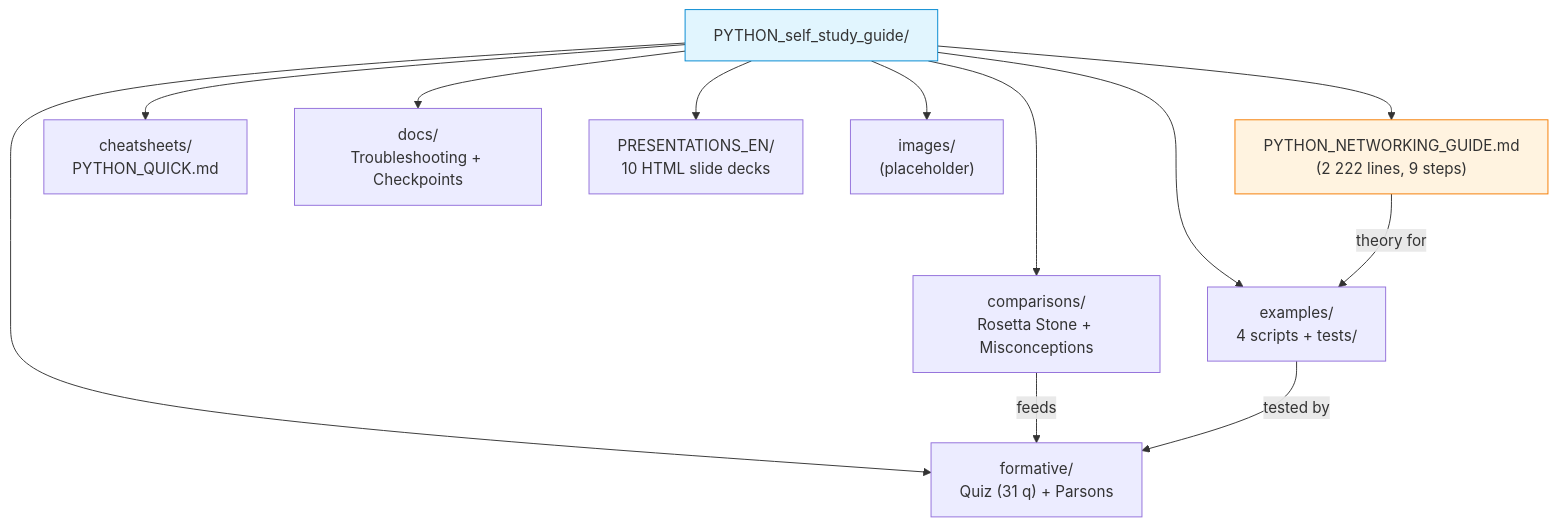
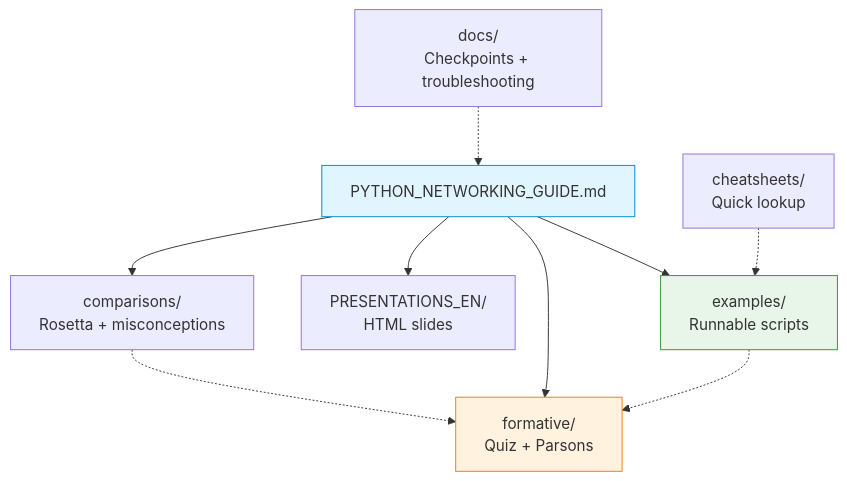
One commit to antonioclim/COMPNET-EN changed the diagram in 00_APPENDIX/a)PYTHON_self_study_guide/README.md. Above: the diagram before and after it, drawn with Mermaid. The commit also changed other lines of this file, not shown here.

````diff
--- a/00_APPENDIX/a)PYTHON_self_study_guide/README.md
+++ b/00_APPENDIX/a)PYTHON_self_study_guide/README.md
@@ -26,17 +22,29 @@
 ```mermaid
 graph TD
-    ROOT["PYTHON_self_study_guide/"]
-    ROOT --> GUIDE["PYTHON_NETWORKING_GUIDE.md\n(2 222 lines, 9 steps)"]
-    ROOT --> COMP["comparisons/\nRosetta Stone + Misconceptions"]
-    ROOT --> FORM["formative/\nQuiz (31 q) + Parsons"]
-    ROOT --> CS["cheatsheets/\nPYTHON_QUICK.md"]
-    ROOT --> DOCS["docs/\nTroubleshooting + Checkpoints"]
-    ROOT --> EX["examples/\n4 scripts + tests/"]
-    ROOT --> PRES["PRESENTATIONS_EN/\n10 HTML slide decks"]
-    ROOT --> IMG["images/\n(placeholder)"]
-    COMP -->|"feeds"| FORM
-    GUIDE -->|"theory for"| EX
-    EX -->|"tested by"| FORM
-    style ROOT fill:#e1f5fe,stroke:#0288d1
-    style GUIDE fill:#fff3e0,stroke:#f57c00
+    GUIDE["PYTHON_NETWORKING_GUIDE.md"]
+    EX["examples/
+Runnable scripts"]
+    QUIZ["formative/
+Quiz + Parsons"]
+    SLIDES["PRESENTATIONS_EN/
+HTML slides"]
+    COMP["comparisons/
+Rosetta + misconceptions"]
+    CHEAT["cheatsheets/
+Quick lookup"]
+    DOCS["docs/
+Checkpoints + troubleshooting"]
+
+    GUIDE --> EX
+    GUIDE --> QUIZ
+    GUIDE --> SLIDES
+    GUIDE --> COMP
+    EX -.-> QUIZ
+    COMP -.-> QUIZ
+    CHEAT -.-> EX
+    DOCS -.-> GUIDE
+
+    style GUIDE fill:#e1f5fe,stroke:#0288d1
+    style QUIZ fill:#fff3e0,stroke:#f57c00
+    style EX fill:#e8f5e9,stroke:#388e3c
 ```
````
